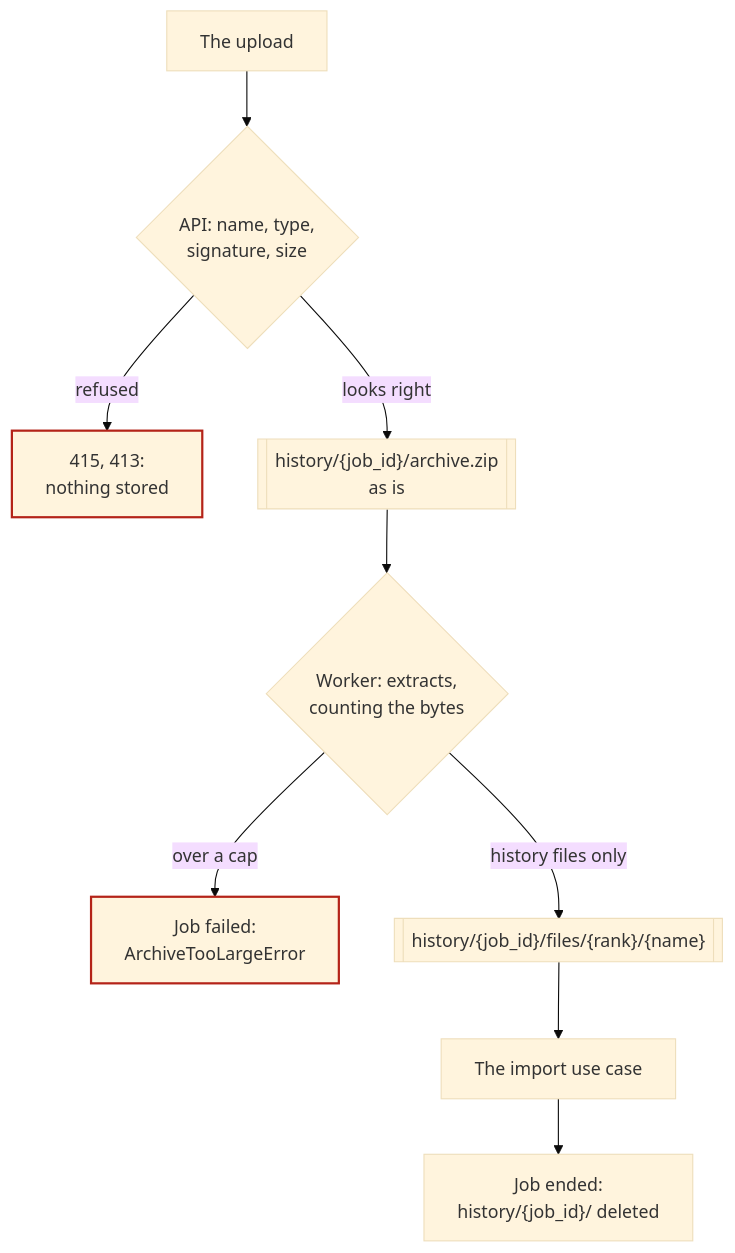
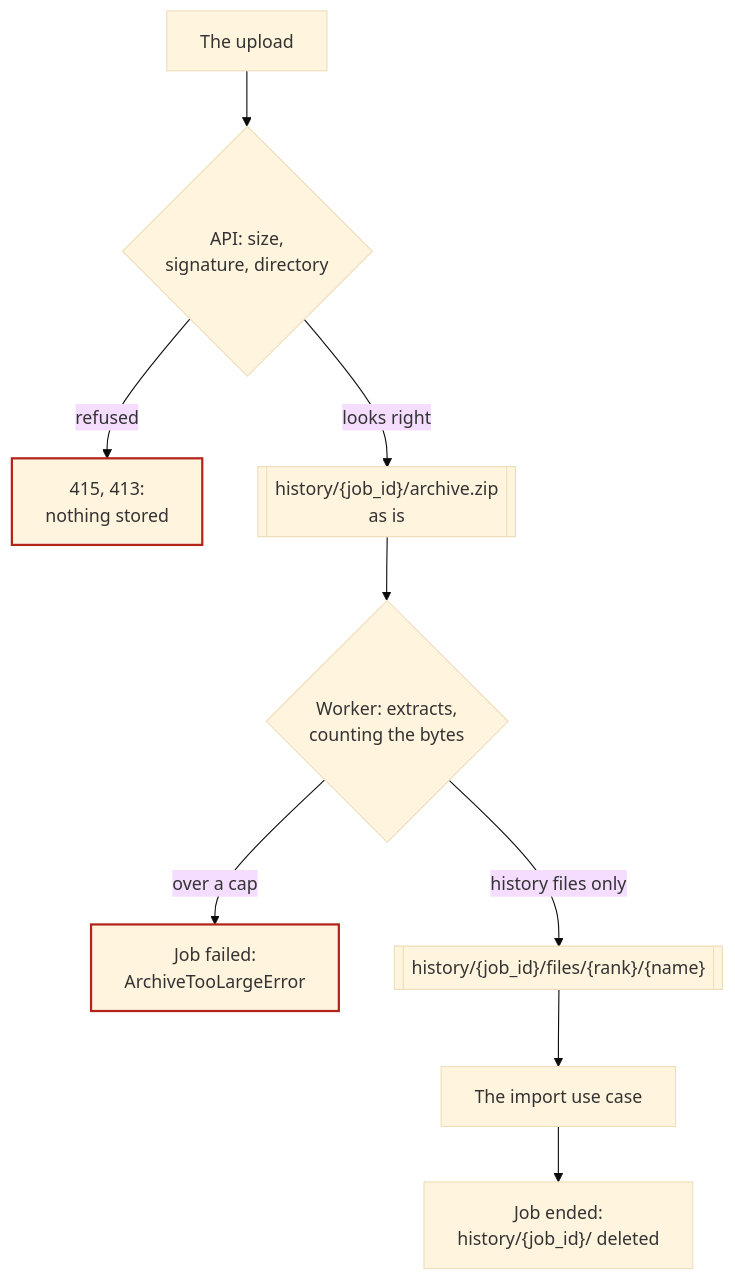
One commit to ychab/museflow changed the seventh of 7 diagrams in docs/technical/api-and-workers.md. Above: the diagram before and after it, drawn with Mermaid (base theme). The commit also changed other lines of this file and 5 other files, not shown here.

````diff
--- a/docs/technical/api-and-workers.md
+++ b/docs/technical/api-and-workers.md
@@ -376,13 +376,13 @@
 ```mermaid
 flowchart TB
-    UP["The upload"] --> API{"API: name, type,<br/>signature, size"}
+    UP["The upload"] --> API{"API: size,<br/>signature, directory"}
     API -- "refused" --> R1["415, 413:<br/>nothing stored"]:::fail
     API -- "looks right" --> ZIP[["history/{job_id}/archive.zip<br/>as is"]]
     ZIP --> WK{"Worker: extracts,<br/>counting the bytes"}
     WK -- "over a cap" --> R2["Job failed:<br/>ArchiveTooLargeError"]:::fail
     WK -- "history files only" --> FILES[["history/{job_id}/files/{rank}/{name}"]]
     FILES --> IMP["The import use case"]
     IMP --> DEL["Job ended:<br/>history/{job_id}/ deleted"]
 
     classDef fail stroke:#b42318,stroke-width:2px
 ```
````
